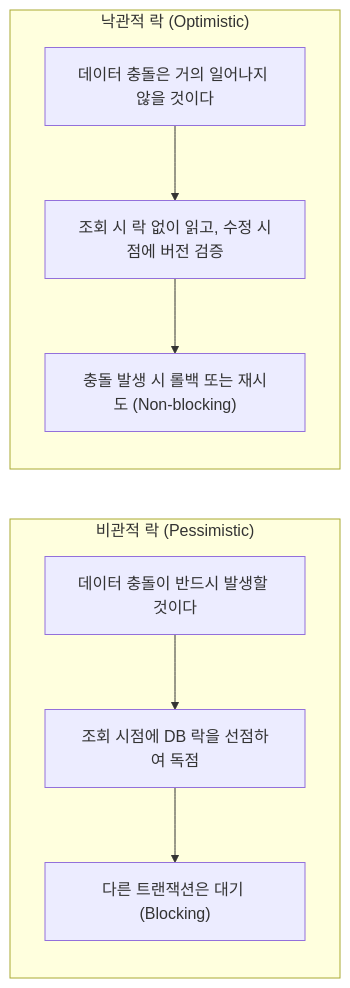
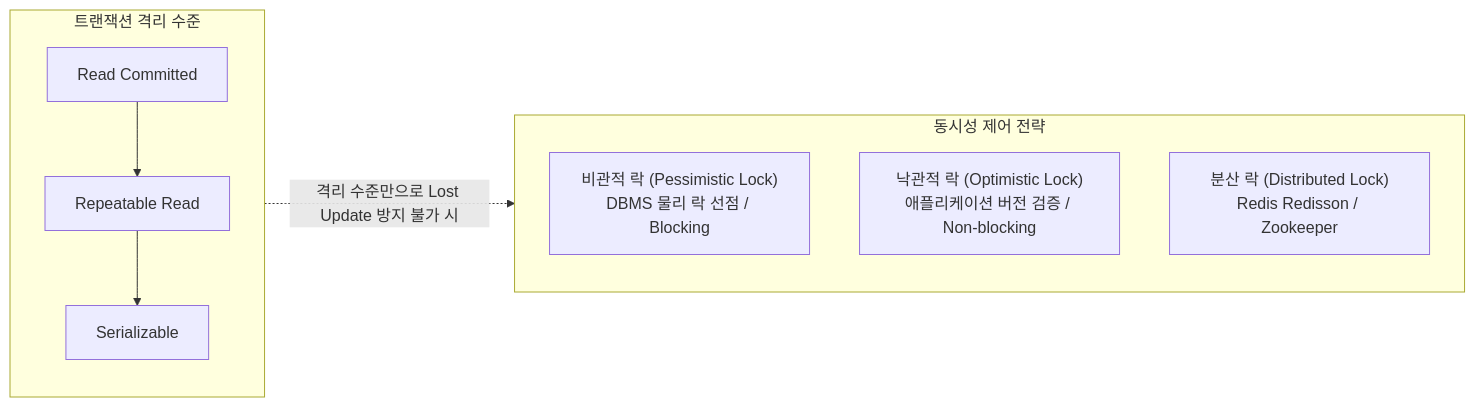
The first of 4 diagrams in docs/Data/Database/Locking_Strategy.md (DevDooly/TIL), drawn with Mermaid before and after one commit. The commit also changed other lines of this file and 2 other files, not shown here.

Commit message:
docs: 비관적/낙관적 락 및 실무 동시성 제어 전략 심층 개편

````diff
--- a/docs/Data/Database/Locking_Strategy.md
+++ b/docs/Data/Database/Locking_Strategy.md
@@ -9,16 +11,17 @@
 ```mermaid
 flowchart LR
-    subgraph Pessimistic["비관적 락 (Pessimistic)"]
-        P1["데이터 충돌이 반드시 발생할 것이다"]
-        P2["조회 시점에 DB 락을 선점하여 독점"]
-        P3["다른 트랜잭션은 대기 (Blocking)"]
-        P1 --> P2 --> P3
+    subgraph Isolation["트랜잭션 격리 수준"]
+        RC["Read Committed"]
+        RR["Repeatable Read"]
+        SZ["Serializable"]
+        RC --> RR --> SZ
     end
 
-    subgraph Optimistic["낙관적 락 (Optimistic)"]
-        O1["데이터 충돌은 거의 일어나지 않을 것이다"]
-        O2["조회 시 락 없이 읽고, 수정 시점에 버전 검증"]
-        O3["충돌 발생 시 롤백 또는 재시도 (Non-blocking)"]
-        O1 --> O2 --> O3
+    subgraph Strategies["동시성 제어 전략"]
+        Pessimistic["비관적 락 (Pessimistic Lock)<br/>DBMS 물리 락 선점 / Blocking"]
+        Optimistic["낙관적 락 (Optimistic Lock)<br/>애플리케이션 버전 검증 / Non-blocking"]
+        Distributed["분산 락 (Distributed Lock)<br/>Redis Redisson / Zookeeper"]
     end
+
+    Isolation -. "격리 수준만으로 Lost Update 방지 불가 시" .-> Strategies
 ```
````
